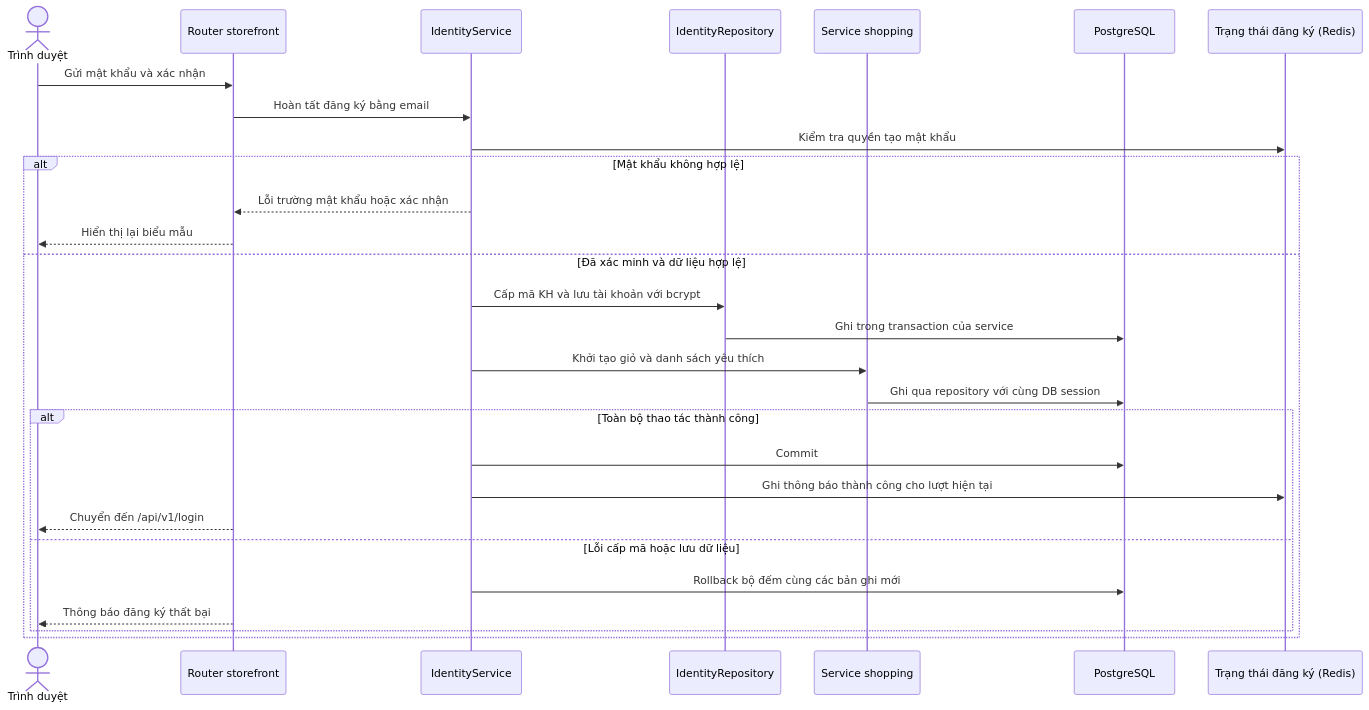
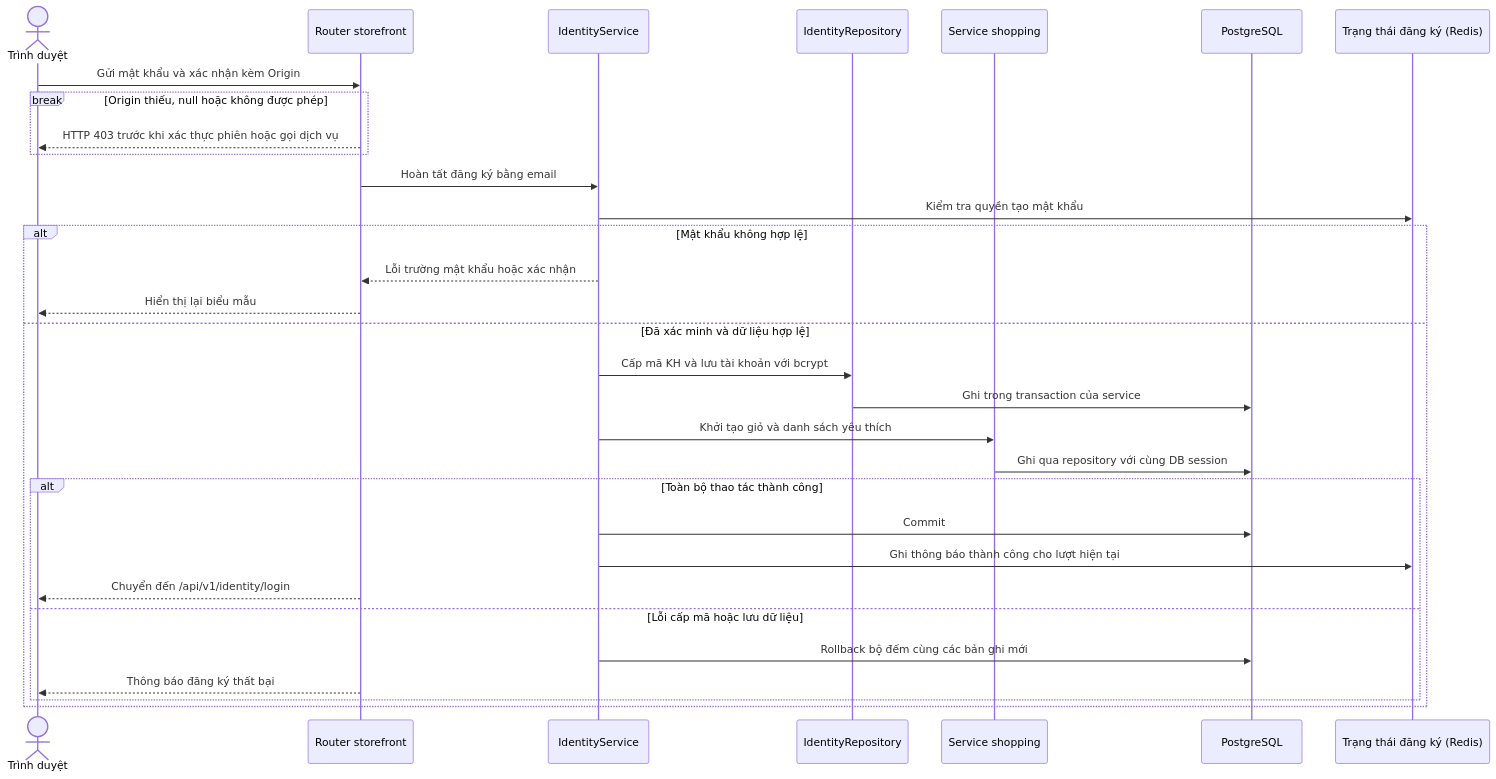
Before and after one commit to thanhklt/sobie-swimwear-e-commerce: the diagram in docs/sequence/identity/post-register-password.md, drawn with Mermaid. The commit also changed other lines of this file and 72 other files, not shown here.

````diff
--- a/docs/sequence/identity/post-register-password.md
+++ b/docs/sequence/identity/post-register-password.md
@@ -5,30 +5,33 @@
 ```mermaid
 sequenceDiagram
     actor Browser as Trình duyệt
     participant Route as Router storefront
     participant Service as IdentityService
     participant Repo as IdentityRepository
     participant Shopping as Service shopping
     participant DB as PostgreSQL
     participant Redis as Trạng thái đăng ký (Redis)
-    Browser->>Route: Gửi mật khẩu và xác nhận
+    Browser->>Route: Gửi mật khẩu và xác nhận kèm Origin
+    break Origin thiếu, null hoặc không được phép
+        Route-->>Browser: HTTP 403 trước khi xác thực phiên hoặc gọi dịch vụ
+    end
     Route->>Service: Hoàn tất đăng ký bằng email
     Service->>Redis: Kiểm tra quyền tạo mật khẩu
     alt Mật khẩu không hợp lệ
         Service-->>Route: Lỗi trường mật khẩu hoặc xác nhận
         Route-->>Browser: Hiển thị lại biểu mẫu
     else Đã xác minh và dữ liệu hợp lệ
         Service->>Repo: Cấp mã KH và lưu tài khoản với bcrypt
         Repo->>DB: Ghi trong transaction của service
         Service->>Shopping: Khởi tạo giỏ và danh sách yêu thích
         Shopping->>DB: Ghi qua repository với cùng DB session
         alt Toàn bộ thao tác thành công
             Service->>DB: Commit
             Service->>Redis: Ghi thông báo thành công cho lượt hiện tại
-            Route-->>Browser: Chuyển đến /api/v1/login
+            Route-->>Browser: Chuyển đến /api/v1/identity/login
         else Lỗi cấp mã hoặc lưu dữ liệu
             Service->>DB: Rollback bộ đếm cùng các bản ghi mới
             Route-->>Browser: Thông báo đăng ký thất bại
         end
     end
 ```
````
